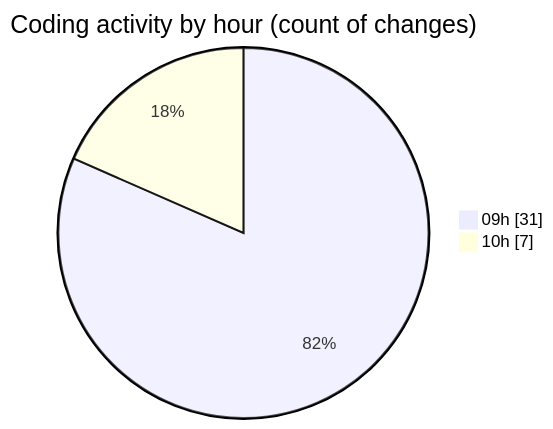
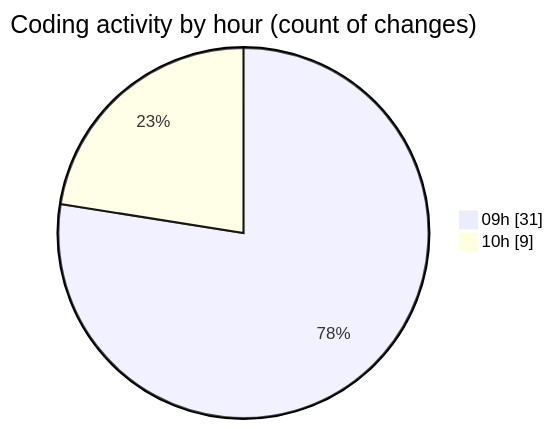
The second of 2 diagrams in 2025-03-05/termonied_testador/README.md (robertbonfada/code-tracking), drawn with Mermaid before and after one commit. The commit also changed other lines of this file and 1 other file, not shown here.

````diff
--- a/2025-03-05/termonied_testador/README.md
+++ b/2025-03-05/termonied_testador/README.md
@@ -34,6 +34,6 @@
 ```mermaid
 pie showData
 title Coding activity by hour (count of changes)
 "09h" : 31
-"10h" : 7
+"10h" : 9
 ```
````
